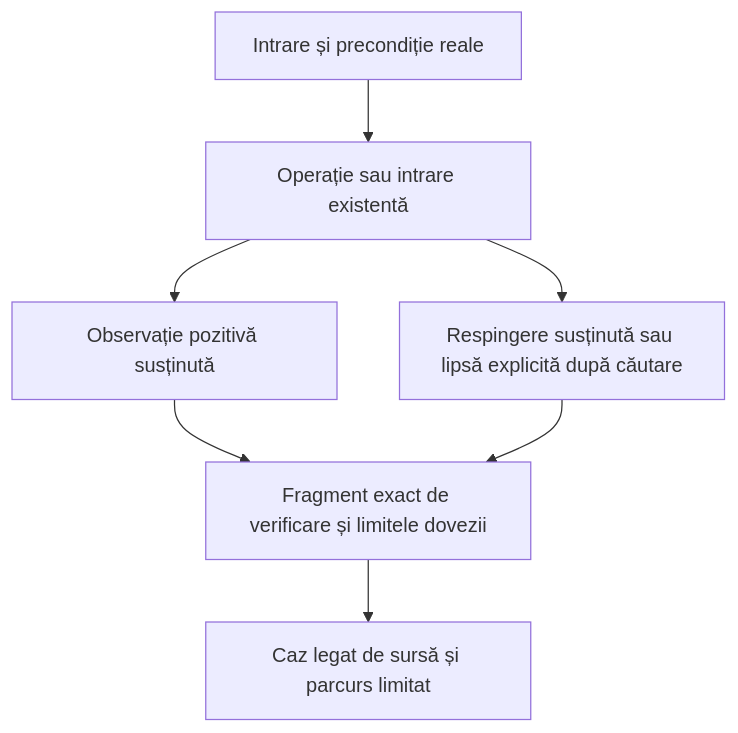
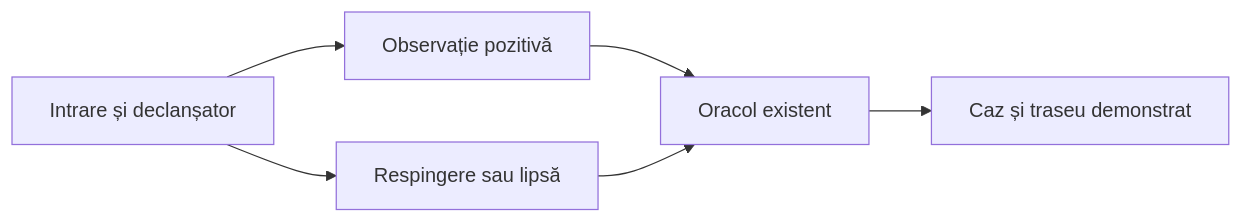
The third of 3 diagrams in atf-atlas/README.md (crististefanita/ATF_AI), drawn with Mermaid before and after one commit. The commit also changed other lines of this file and 111 other files, not shown here.

````diff
--- a/atf-atlas/README.md
+++ b/atf-atlas/README.md
@@ -142,9 +134,8 @@
 ```mermaid
-flowchart TB
-    Entry["Intrare și precondiție reale"] --> Trigger["Operație sau intrare existentă"]
-    Trigger --> Positive["Observație pozitivă susținută"]
-    Trigger --> Negative["Respingere susținută sau lipsă explicită după căutare"]
-    Positive --> Oracle["Fragment exact de verificare și limitele dovezii"]
+flowchart LR
+    Entry["Intrare și declanșator"] --> Positive["Observație pozitivă"]
+    Entry --> Negative["Respingere sau lipsă"]
+    Positive --> Oracle["Oracol existent"]
     Negative --> Oracle
-    Oracle --> Case["Caz legat de sursă și parcurs limitat"]
+    Oracle --> Case["Caz și traseu demonstrat"]
 ```
````
